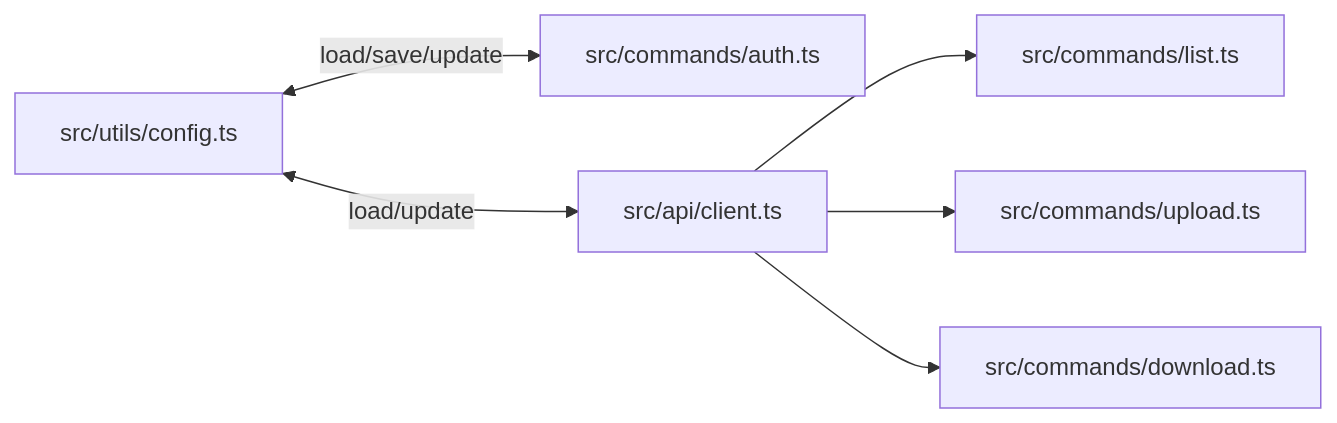
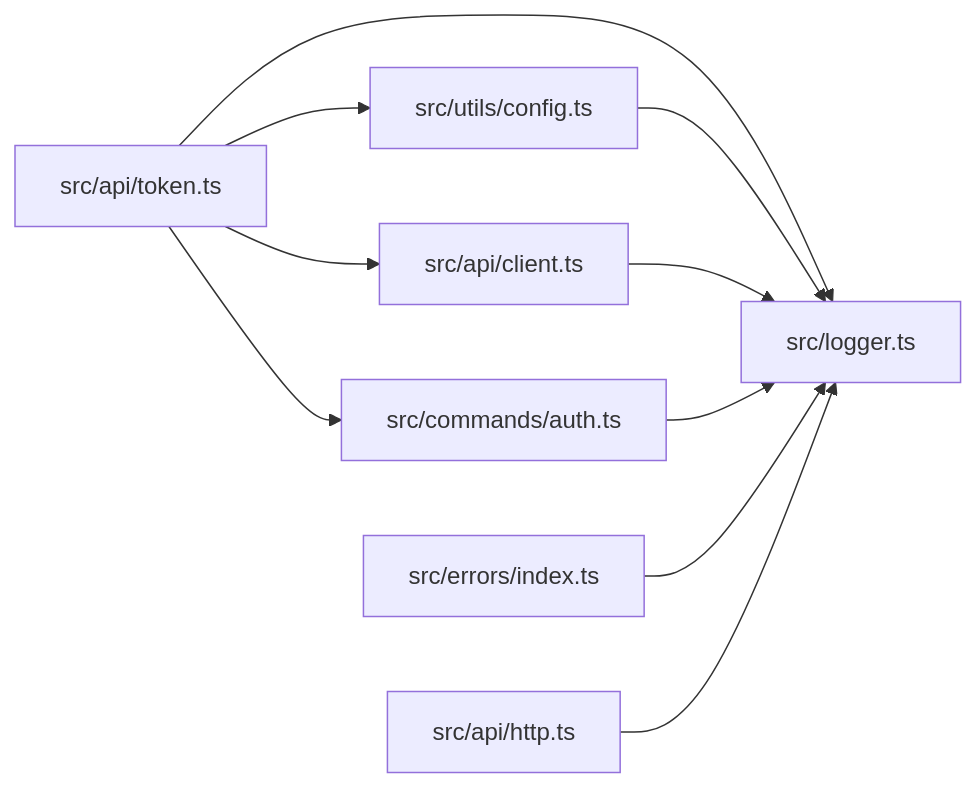
The eighth of 9 diagrams in .qoder/repowiki/en/content/Configuration Management/Configuration Management.md (yuexiaoliang/baiduwangpan-manager), drawn with Mermaid before and after one commit. The commit also changed other lines of this file and 30 other files, not shown here.

````diff
--- a/.qoder/repowiki/en/content/Configuration Management/Configuration Management.md
+++ b/.qoder/repowiki/en/content/Configuration Management/Configuration Management.md
@@ -327,8 +473,12 @@
 ```mermaid
 graph LR
-CFG["src/utils/config.ts"] <-- "load/save/update" --> AUTH["src/commands/auth.ts"]
-CFG <-- "load/update" --> CLIENT["src/api/client.ts"]
-CLIENT --> LIST_CMD["src/commands/list.ts"]
-CLIENT --> UPLOAD_CMD["src/commands/upload.ts"]
-CLIENT --> DOWNLOAD_CMD["src/commands/download.ts"]
+TOKEN_MGR["src/api/token.ts"] --> CFG["src/utils/config.ts"]
+TOKEN_MGR --> AUTH["src/commands/auth.ts"]
+TOKEN_MGR --> CLIENT["src/api/client.ts"]
+TOKEN_MGR --> LOGGER["src/logger.ts"]
+CFG --> LOGGER
+CLIENT --> LOGGER
+AUTH --> LOGGER
+ERROR_HANDLER["src/errors/index.ts"] --> LOGGER
+HTTP_CLIENT["src/api/http.ts"] --> LOGGER
 ```
````
